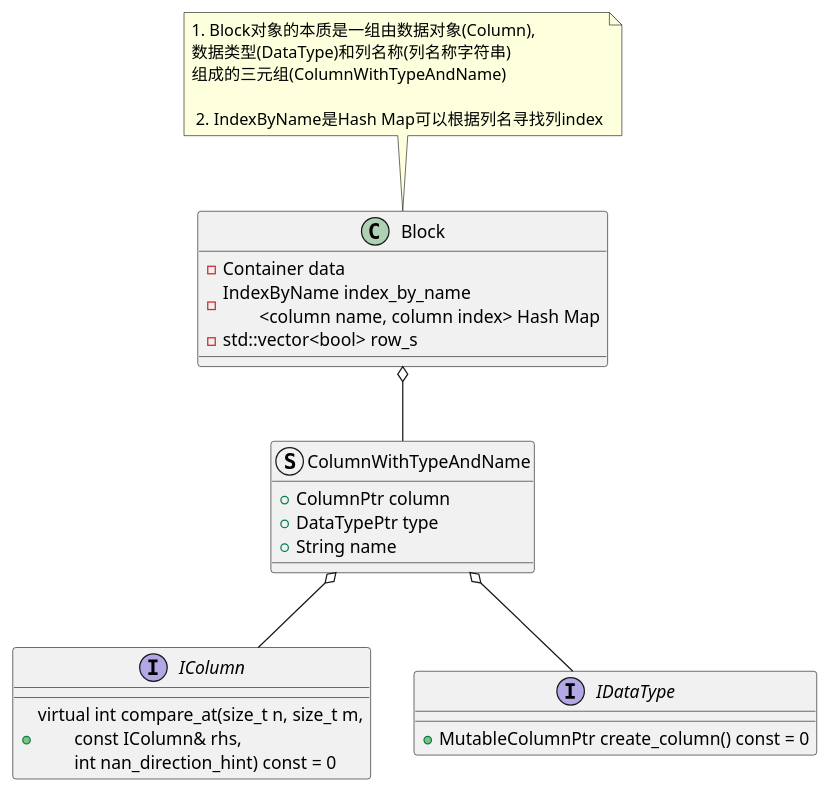
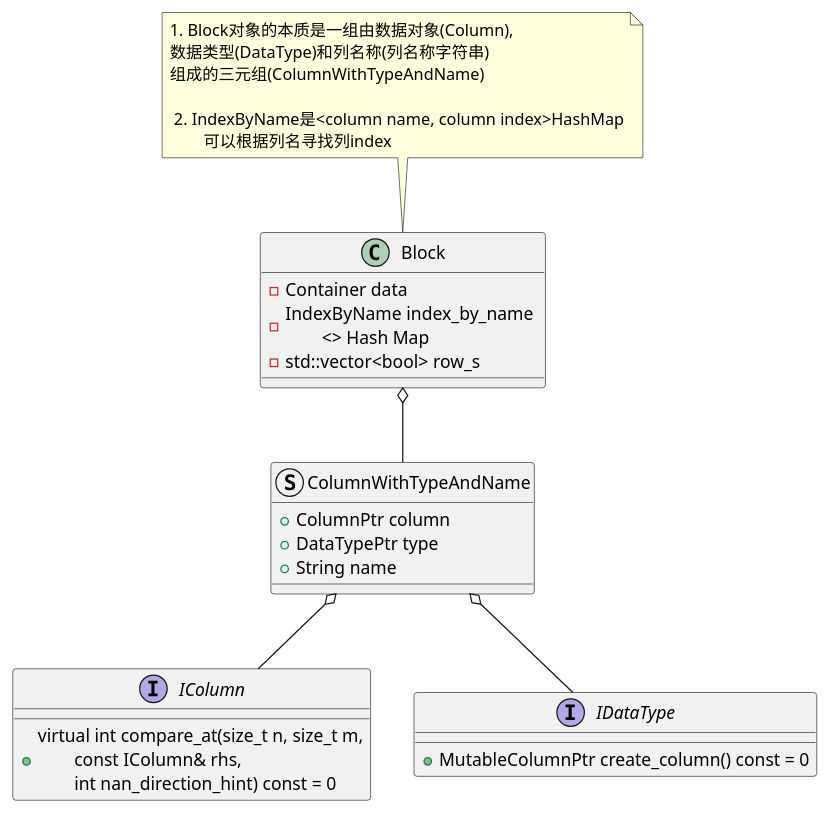
Before and after one commit to DepInjoy/geektime: the first of 3 diagrams in doc/DB/Doris/SourceRead/11_06_Exec_Block.md, drawn with PlantUML. The commit also changed 7 other files, not shown here.

````diff
--- a/doc/DB/Doris/SourceRead/11_06_Exec_Block.md
+++ b/doc/DB/Doris/SourceRead/11_06_Exec_Block.md
@@ -8,28 +8,28 @@
 ```plantuml
 @startuml
 class Block {
     - Container data
-    - IndexByName index_by_name \n\t<column name, column index> Hash Map
+    - IndexByName index_by_name \n\t<> Hash Map
     - std::vector<bool> row_s
 }
-note top : 1. Block对象的本质是一组由数据对象(Column), \n数据类型(DataType)和列名称(列名称字符串)\n组成的三元组(ColumnWithTypeAndName)\n\n 2. IndexByName是Hash Map可以根据列名寻找列index
+note top : 1. Block对象的本质是一组由数据对象(Column), \n数据类型(DataType)和列名称(列名称字符串)\n组成的三元组(ColumnWithTypeAndName)\n\n 2. IndexByName是<column name, column index>HashMap\n\t可以根据列名寻找列index
 
 struct ColumnWithTypeAndName {
     + ColumnPtr column
     + DataTypePtr type
     + String name
 }
 
 interface IColumn {
     + virtual int compare_at(size_t n, size_t m,\n\tconst IColumn& rhs,\n\tint nan_direction_hint) const = 0
 }
 
 interface IDataType {
     + MutableColumnPtr create_column() const = 0
 }
 
 ColumnWithTypeAndName -up-o Block
 IColumn -up-o ColumnWithTypeAndName
 IDataType -up-o ColumnWithTypeAndName
 @enduml
 ```
````
